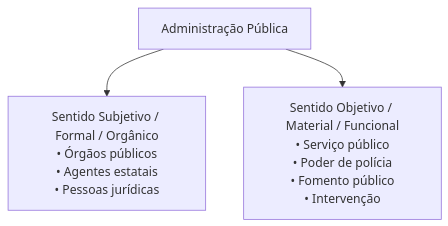
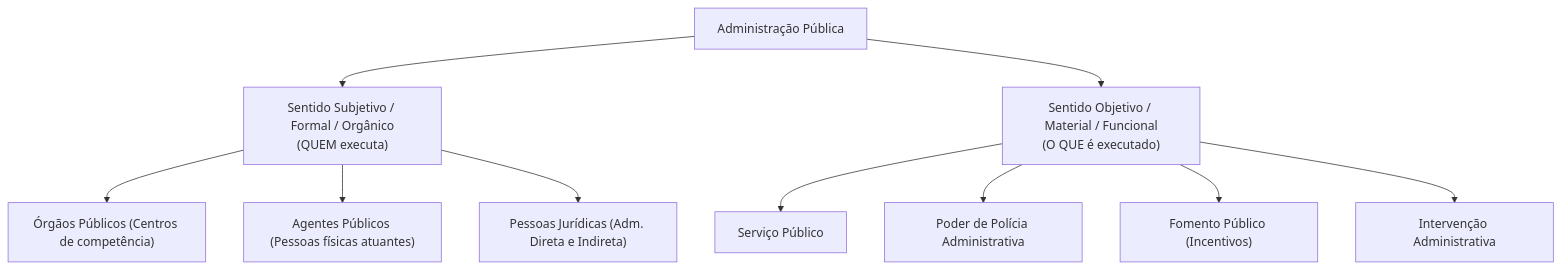
One commit to thiagosantos346/TCE-GO-2027 changed the first of 3 diagrams in fontes_de_estudo/conhecimentos_especificos_a01_tecnico_administrativo/15_nocoes_de_direito_administrativo/01_regime_juridico_principios_e_lindb.md. Above: the diagram before and after it, drawn with Mermaid. The commit also changed other lines of this file and 119 other files, not shown here.

````diff
--- a/fontes_de_estudo/conhecimentos_especificos_a01_tecnico_administrativo/15_nocoes_de_direito_administrativo/01_regime_juridico_principios_e_lindb.md
+++ b/fontes_de_estudo/conhecimentos_especificos_a01_tecnico_administrativo/15_nocoes_de_direito_administrativo/01_regime_juridico_principios_e_lindb.md
@@ -62,5 +55,15 @@
 ```mermaid
 flowchart TD
-    AP["Administração Pública"] --> S["Sentido Subjetivo / Formal / Orgânico<br/>• Órgãos públicos<br/>• Agentes estatais<br/>• Pessoas jurídicas"]
-    AP --> O["Sentido Objetivo / Material / Funcional<br/>• Serviço público<br/>• Poder de polícia<br/>• Fomento público<br/>• Intervenção"]
+    AP["Administração Pública"]
+    
+    AP --> Sub["Sentido Subjetivo / Formal / Orgânico<br/>(QUEM executa)"]
+    Sub --> Sub1["Órgãos Públicos (Centros de competência)"]
+    Sub --> Sub2["Agentes Públicos (Pessoas físicas atuantes)"]
+    Sub --> Sub3["Pessoas Jurídicas (Adm. Direta e Indireta)"]
+    
+    AP --> Obj["Sentido Objetivo / Material / Funcional<br/>(O QUE é executado)"]
+    Obj --> Obj1["Serviço Público"]
+    Obj --> Obj2["Poder de Polícia Administrativa"]
+    Obj --> Obj3["Fomento Público (Incentivos)"]
+    Obj --> Obj4["Intervenção Administrativa"]
 ```
````
